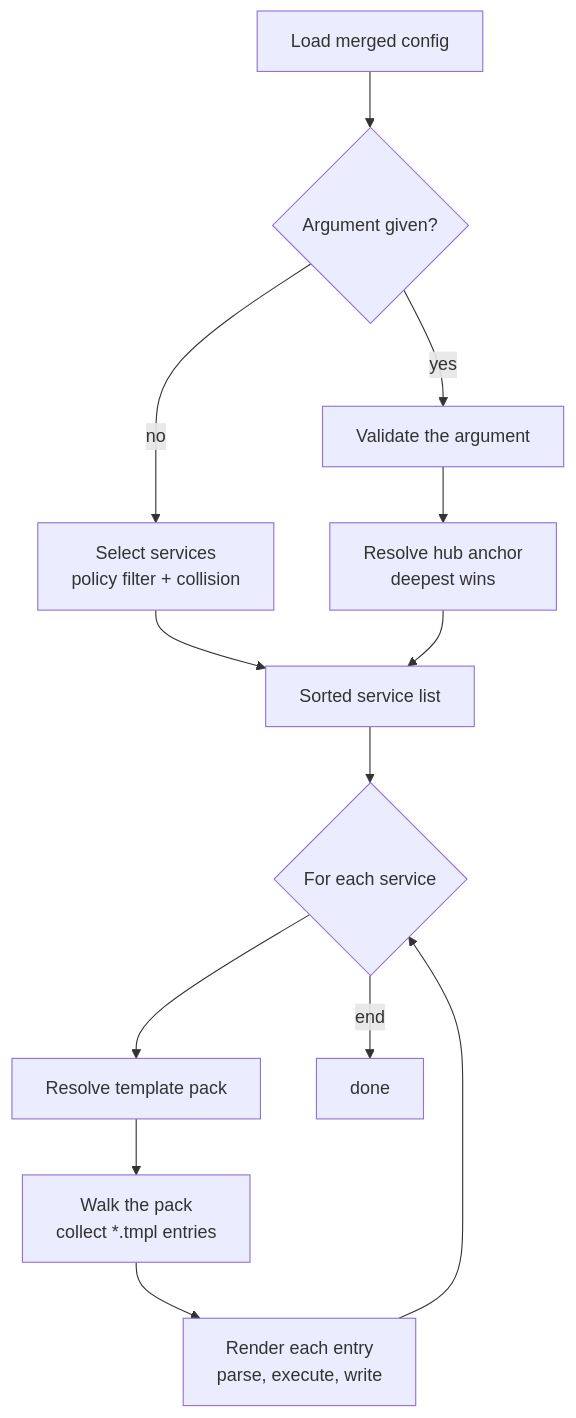
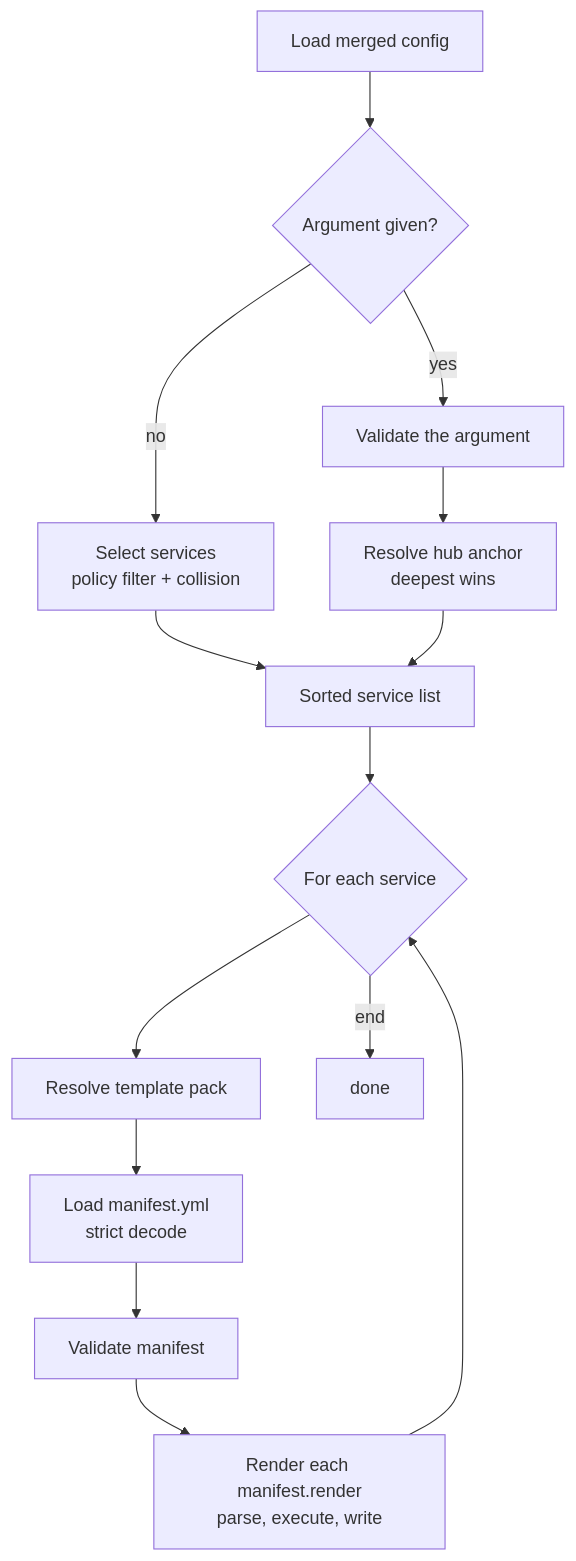
Before and after one commit to semsemyonoff/dwe: the first of 3 diagrams in docs/reference/render/ide.md, drawn with Mermaid. The commit also changed other lines of this file and 82 other files, not shown here.

Commit message:
feat(docs): document render git, shared manifest schema, and local overrides

````diff
--- a/docs/reference/render/ide.md
+++ b/docs/reference/render/ide.md
@@ -25,15 +27,16 @@
 ```mermaid
 flowchart TD
   CFG["Load merged config"] --> SEL{"Argument given?"}
   SEL -- no --> SP["Select services<br/>policy filter + collision"]
   SEL -- yes --> EXV["Validate the argument"]
   EXV --> RHA["Resolve hub anchor<br/>deepest wins"]
   SP --> LIST["Sorted service list"]
   RHA --> LIST
   LIST --> EACH{"For each service"}
   EACH --> RP["Resolve template pack"]
-  RP --> WALK["Walk the pack<br/>collect *.tmpl entries"]
-  WALK --> RNDR["Render each entry<br/>parse, execute, write"]
+  RP --> LM["Load manifest.yml<br/>strict decode"]
+  LM --> VM["Validate manifest"]
+  VM --> RNDR["Render each manifest.render<br/>parse, execute, write"]
   RNDR --> EACH
   EACH -- "end" --> DONE["done"]
 ```
````
